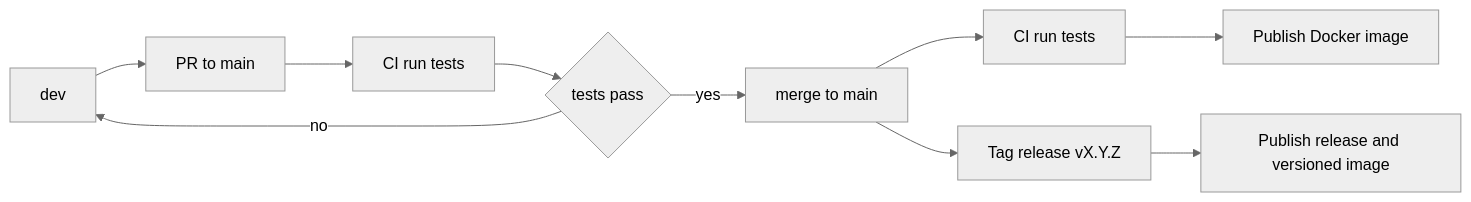
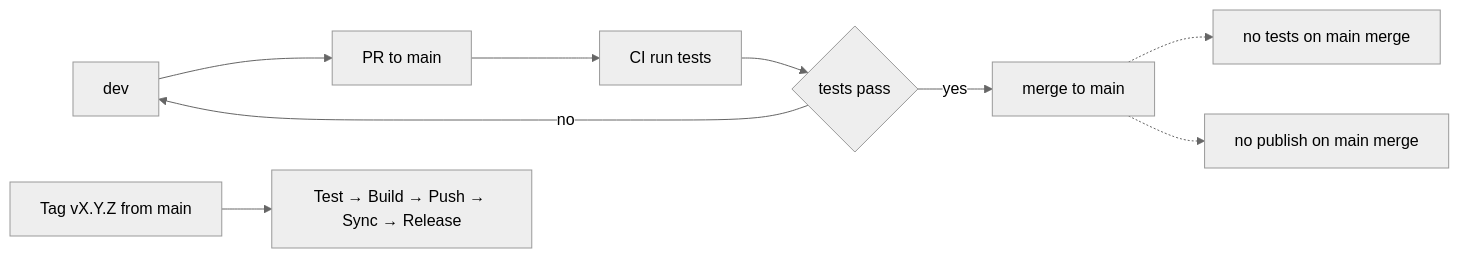
One commit to FirbyKirby/udp-broadcast-relay changed the diagram in docs/BRANCH_STRATEGY.md. Above: the diagram before and after it, drawn with Mermaid (neutral theme). The commit also changed other lines of this file and 9 other files, not shown here.

First line of the commit message:
ci(workflows): refactor pipeline to dependency chain architecture

````diff
--- a/docs/BRANCH_STRATEGY.md
+++ b/docs/BRANCH_STRATEGY.md
@@ -20,12 +20,11 @@
 ```mermaid
 flowchart LR
   dev[dev] --> pr[PR to main]
   pr --> ci[CI run tests]
   ci --> ok{tests pass}
   ok -- yes --> merge[merge to main]
   ok -- no --> dev
-  merge --> ci2[CI run tests]
-  ci2 --> docker[Publish Docker image]
-  merge --> tag[Tag release vX.Y.Z]
-  tag --> release[Publish release and versioned image]
+  merge -.-> noTests[no tests on main merge]
+  merge -.-> noPublish[no publish on main merge]
+  tag[Tag vX.Y.Z from main] --> pipe[Test → Build → Push → Sync → Release]
 ```
````
